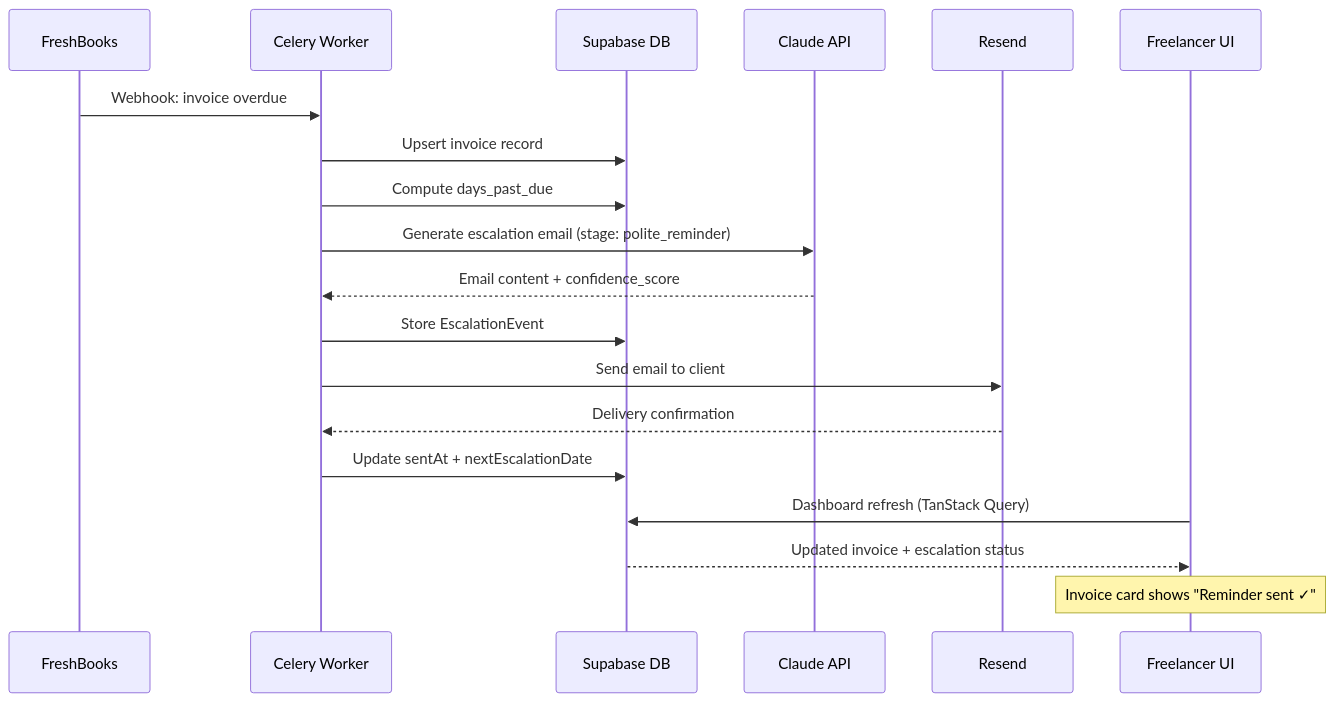
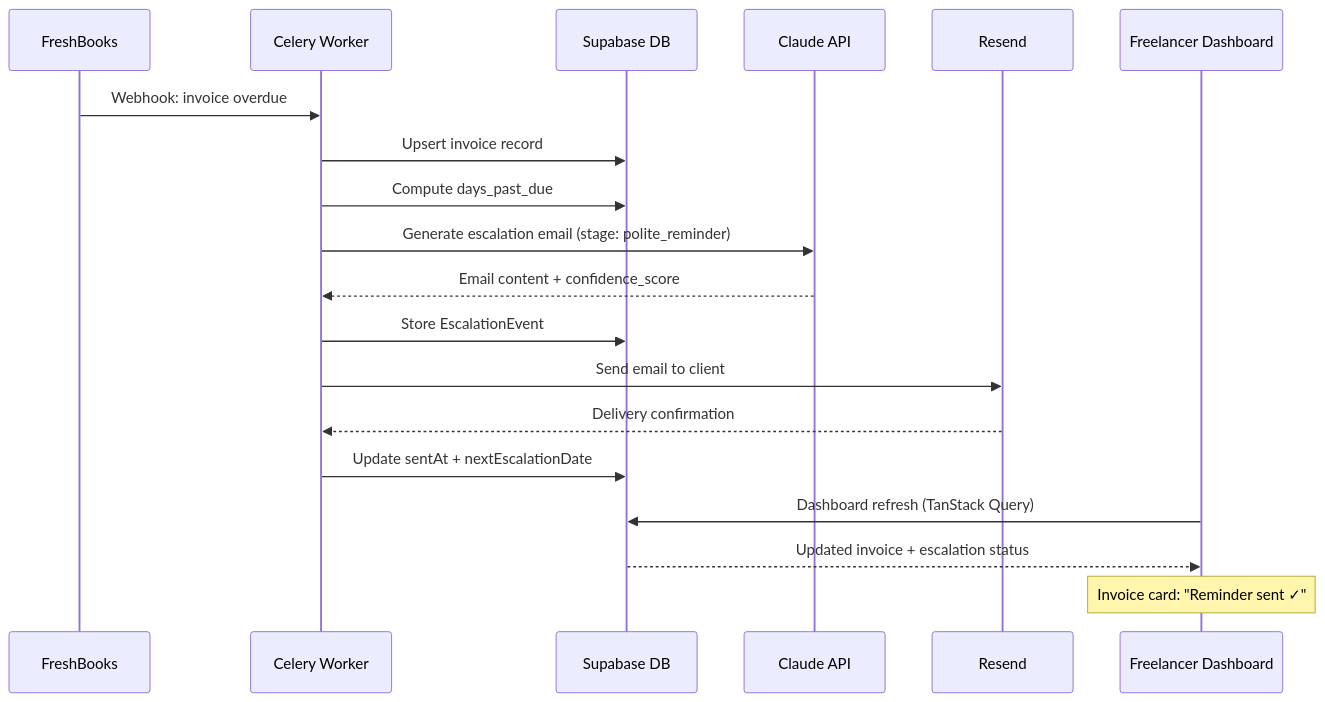
Before and after one commit to RudrenduPaul/freelancer-payment-protection: the second of 2 diagrams in README.md, drawn with Mermaid. The commit also changed other lines of this file, not shown here.

````diff
--- a/README.md
+++ b/README.md
@@ -176,22 +235,22 @@
 ```mermaid
 sequenceDiagram
     participant FB as FreshBooks
     participant W as Celery Worker
     participant DB as Supabase DB
     participant AI as Claude API
     participant Email as Resend
-    participant FL as Freelancer UI
+    participant UI as Freelancer Dashboard
 
     FB->>W: Webhook: invoice overdue
     W->>DB: Upsert invoice record
     W->>DB: Compute days_past_due
     W->>AI: Generate escalation email (stage: polite_reminder)
     AI-->>W: Email content + confidence_score
     W->>DB: Store EscalationEvent
     W->>Email: Send email to client
     Email-->>W: Delivery confirmation
     W->>DB: Update sentAt + nextEscalationDate
-    FL->>DB: Dashboard refresh (TanStack Query)
-    DB-->>FL: Updated invoice + escalation status
-    Note over FL: Invoice card shows "Reminder sent ✓"
+    UI->>DB: Dashboard refresh (TanStack Query)
+    DB-->>UI: Updated invoice + escalation status
+    Note over UI: Invoice card: "Reminder sent ✓"
 ```
````
